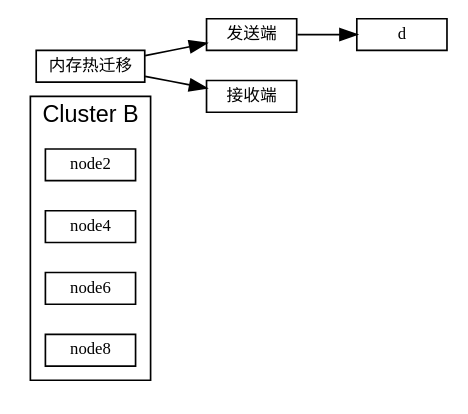
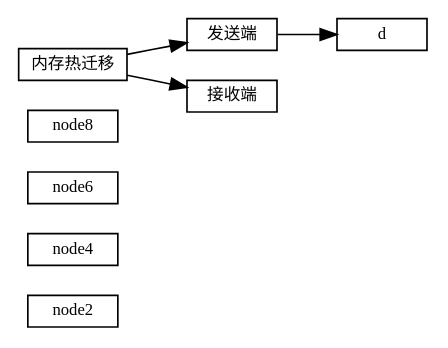
One commit to sisyphus1212/note changed the diagram in 虚拟化/热迁移/1-内存热迁移.md. Above: the diagram before and after it, drawn with Graphviz.

Commit message:
auto_update

````diff
--- a/虚拟化/热迁移/1-内存热迁移.md
+++ b/虚拟化/热迁移/1-内存热迁移.md
@@ -11,21 +11,21 @@
 ```graphviz
 digraph 热迁移 {
 fontname="Helvetica,Arial,sans-serif"
 //node [fontname="Helvetica,Arial,sans-serif"]
 edge [fontname="Helvetica,Arial,sans-serif"]
 rankdir="LR"
 node [fontsize=10, shape=box, height=0.25]
 edge [fontsize=10]
 
-  subgraph cluster_bsend {
+  subgraph send {
     label="Cluster B";
     node2; node4; node6; node8;
   }
 
 内存热迁移 [label="内存热迁移"]
 内存热迁移 -> 发送端
            -> d
 
 内存热迁移 -> 接收端
 }
 ```
````
